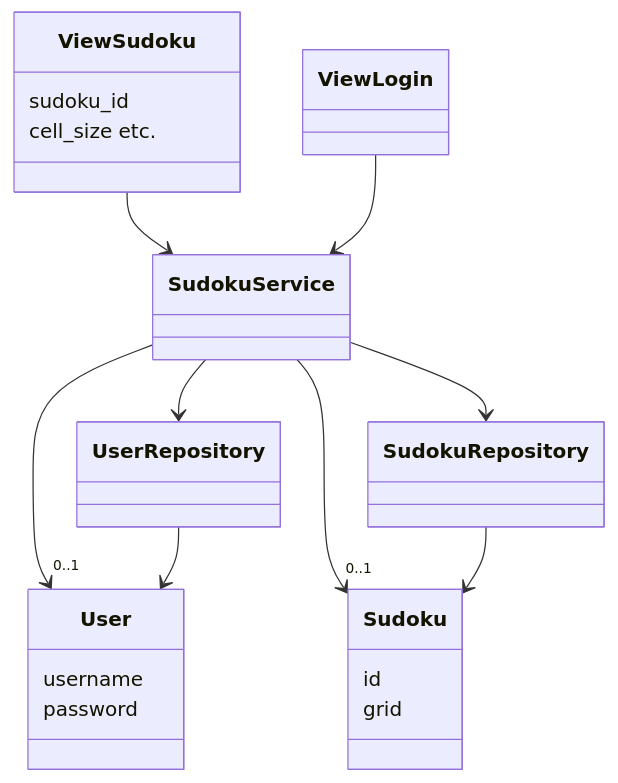
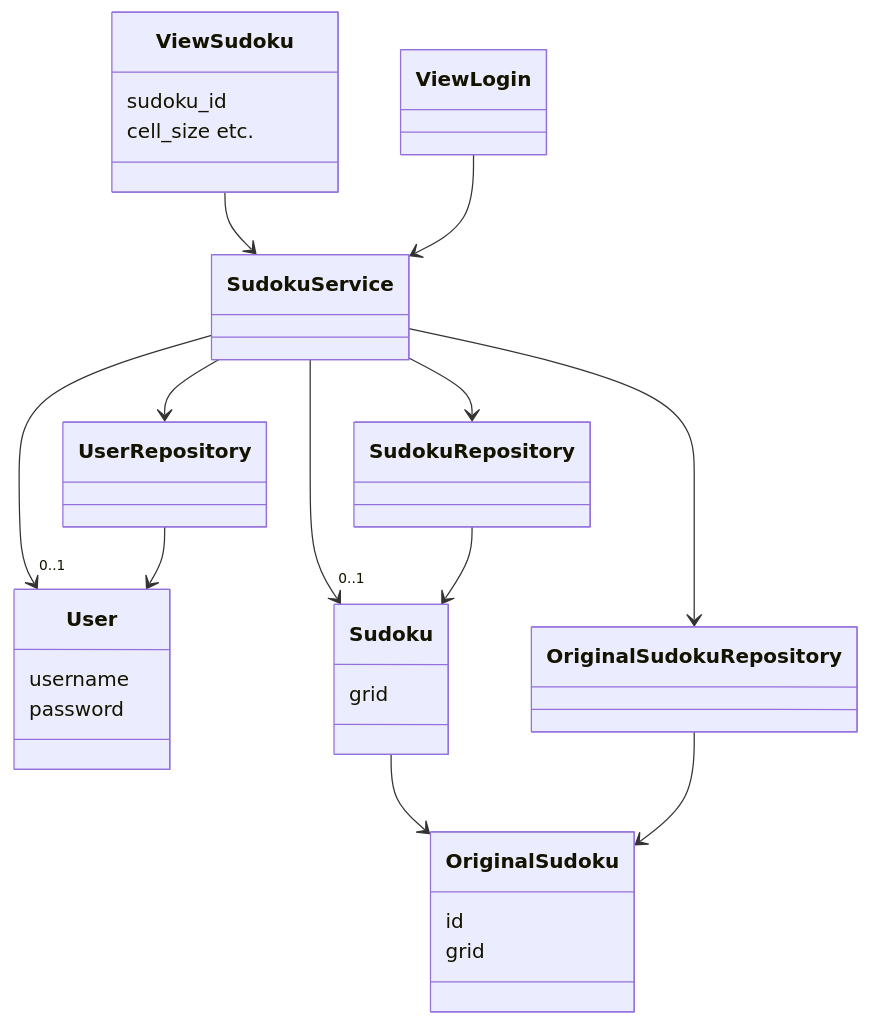
Before and after one commit to oliviahorjamo/OhTe-harjoitustyo-2022: the diagram in dokumentaatio/arkkitehtuuri.md, drawn with Mermaid.

````diff
--- a/dokumentaatio/arkkitehtuuri.md
+++ b/dokumentaatio/arkkitehtuuri.md
@@ -1,31 +1,37 @@
 ```mermaid
  classDiagram
       class User{
           username
           password
       }
       class Sudoku{
+          grid
+      }
+      class OriginalSudoku{
           id
           grid
       }
       class SudokuService{
       }
       class ViewSudoku{
           sudoku_id
           cell_size etc.
       }
       class ViewLogin{
       }
       class UserRepository{
       }
       class SudokuRepository{
       }
       ViewSudoku --> SudokuService
       ViewLogin --> SudokuService
       SudokuService --> "0..1" User
       SudokuService --> "0..1" Sudoku
       SudokuService --> UserRepository
       UserRepository --> User
       SudokuService --> SudokuRepository
       SudokuRepository --> Sudoku
+      Sudoku --> OriginalSudoku
+      OriginalSudokuRepository --> OriginalSudoku
+      SudokuService --> OriginalSudokuRepository
 ```
````
